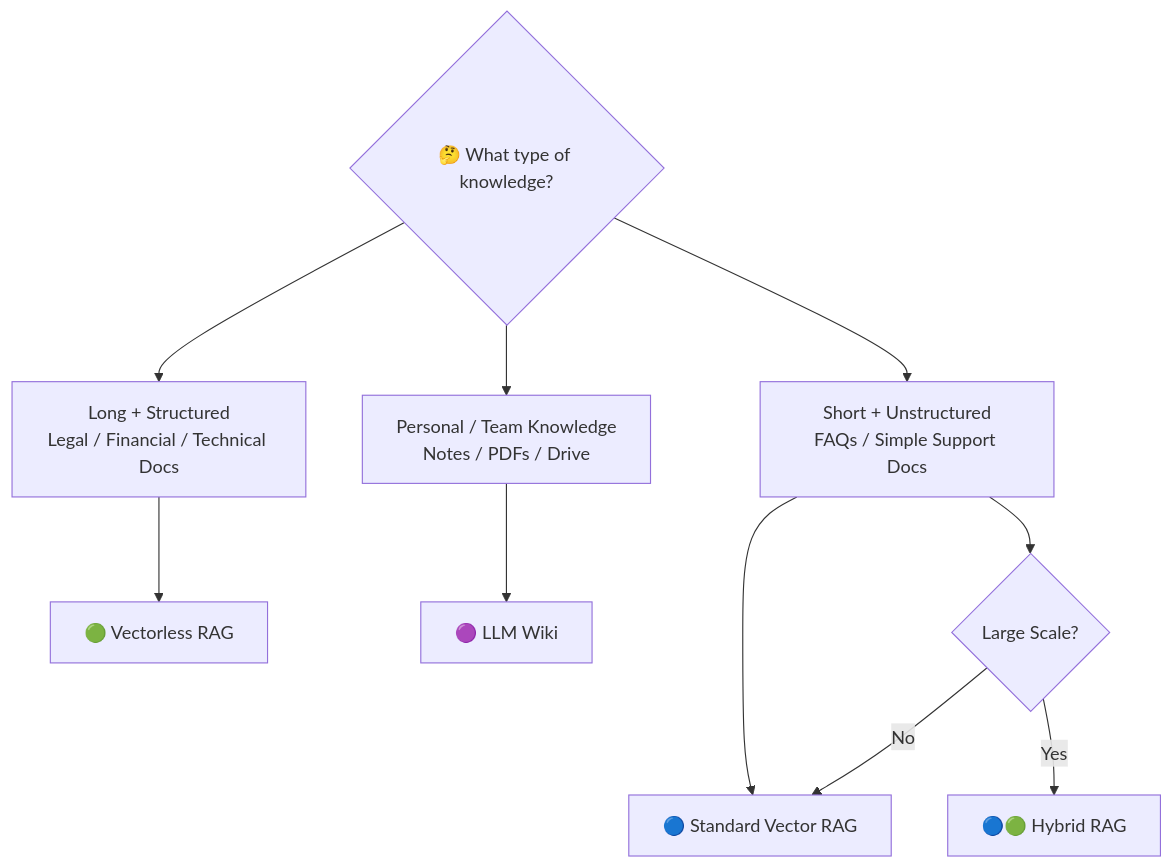
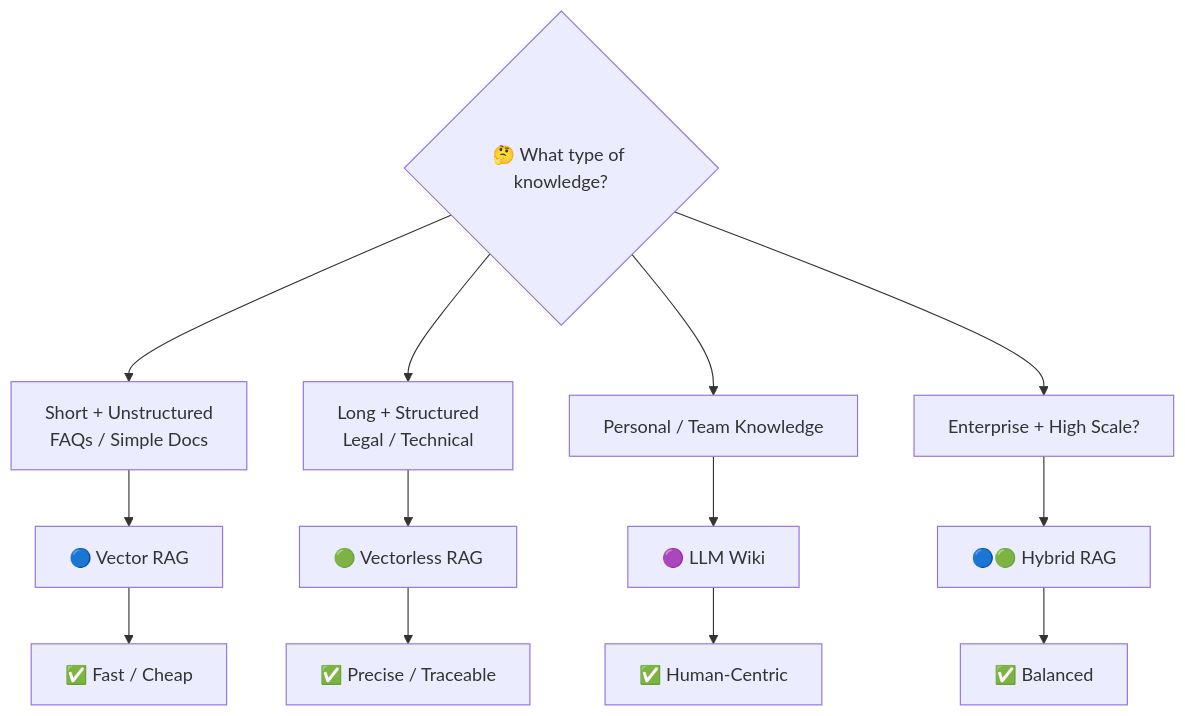
One commit to Amie-dev/FDE-and-GenAI-Mastery changed the ninth of 12 diagrams in Lecture 18 - Vectorless RAG and LLM Wiki/notes/06_system_comparison_hybrid_rag.md. Above: the diagram before and after it, drawn with Mermaid. The commit also changed other lines of this file and 6 other files, not shown here.

First line of the commit message:
Enhance Lecture 18 notes on Vectorless RAG and LLM Wiki

````diff
--- a/Lecture 18 - Vectorless RAG and LLM Wiki/notes/06_system_comparison_hybrid_rag.md
+++ b/Lecture 18 - Vectorless RAG and LLM Wiki/notes/06_system_comparison_hybrid_rag.md
@@ -347,22 +468,19 @@
 ```mermaid
 flowchart TD
-
     START{"🤔 What type of knowledge?"}
 
-    START --> SHORT["Short + Unstructured<br/>FAQs / Simple Support Docs"]
+    START --> SHORT["Short + Unstructured<br/>FAQs / Simple Docs"]
+    START --> COMPLEX["Long + Structured<br/>Legal / Technical"]
+    START --> WIKI["Personal / Team Knowledge"]
+    START --> ENTERPRISE["Enterprise + High Scale?"]
 
-    START --> COMPLEX["Long + Structured<br/>Legal / Financial / Technical Docs"]
+    SHORT --> VECTOR["🔵 Vector RAG"]
+    COMPLEX --> TREE["🟢 Vectorless RAG"]
+    WIKI --> LLM_WIKI["🟣 LLM Wiki"]
+    ENTERPRISE --> HYBRID["🔵🟢 Hybrid RAG"]
 
-    START --> WIKI["Personal / Team Knowledge<br/>Notes / PDFs / Drive"]
-
-    SHORT --> VECTOR["🔵 Standard Vector RAG"]
-
-    COMPLEX --> TREE["🟢 Vectorless RAG"]
-
-    WIKI --> LLMWIKI["🟣 LLM Wiki"]
-
-    SHORT --> HYBRID{"Large Scale?"}
-
-    HYBRID -->|Yes| HV["🔵🟢 Hybrid RAG"]
-    HYBRID -->|No| VECTOR
+    VECTOR --> V_RESULT["✅ Fast / Cheap"]
+    TREE --> T_RESULT["✅ Precise / Traceable"]
+    LLM_WIKI --> I_RESULT["✅ Human-Centric"]
+    HYBRID --> H_RESULT["✅ Balanced"]
 ```
````
